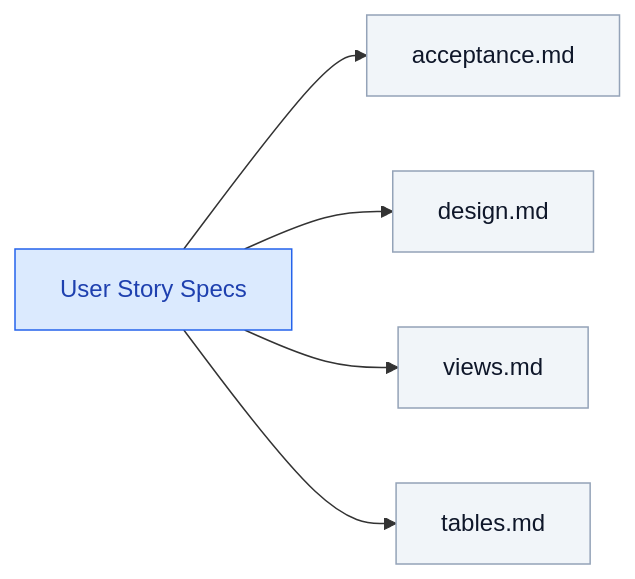
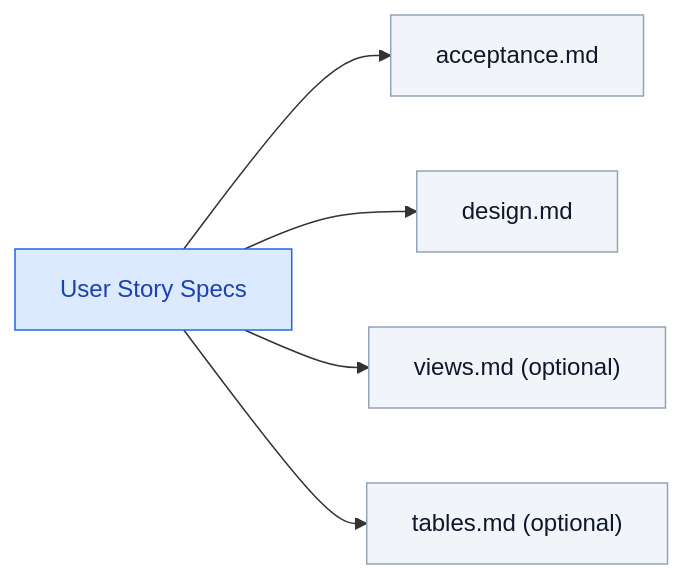
One commit to mtov/AgileSpec changed the fourth of 9 diagrams in README.md. Above: the diagram before and after it, drawn with Mermaid. The commit also changed other lines of this file and 1 other file, not shown here.

````diff
--- a/README.md
+++ b/README.md
@@ -179,14 +167,14 @@
 ```mermaid
 flowchart LR
     S["User Story Specs"]
     S --> A["acceptance.md"]
     S --> B["design.md"]
-    S --> C["views.md"]
-    S --> D["tables.md"]
+    S --> C["views.md (optional)"]
+    S --> D["tables.md (optional)"]
 
     classDef root fill:#dbeafe,stroke:#2563eb,color:#1e40af
     classDef doc fill:#f1f5f9,stroke:#94a3b8,color:#0f172a
 
     class S root
     class A,B,C,D doc
 ```
````
